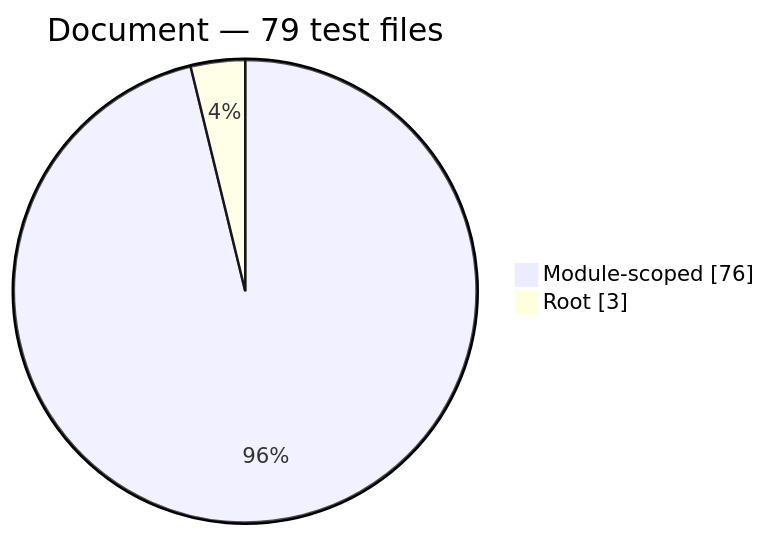
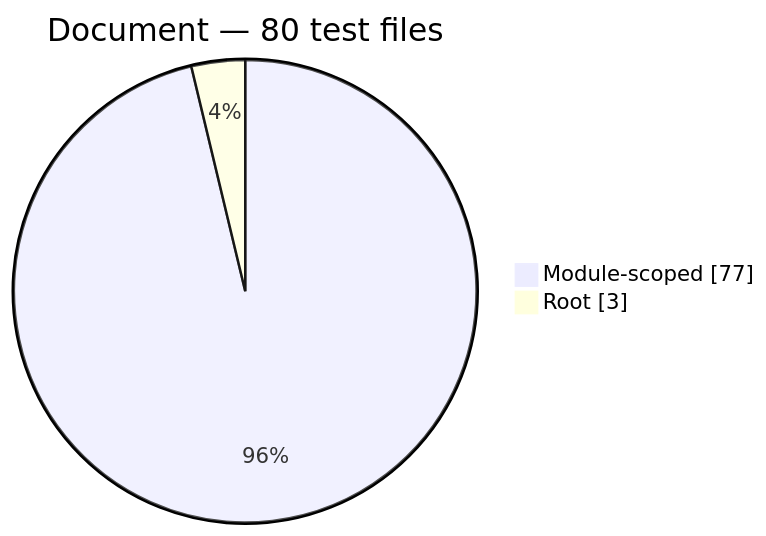
The third of 7 diagrams in docs/generated/test-composition.md (Mohammed-Alama/php-arazzo), drawn with Mermaid before and after one commit. The commit also changed other lines of this file and 4 other files, not shown here.

Commit message:
test(document): enforce expression public-face seam for validator — refs #59

````diff
--- a/docs/generated/test-composition.md
+++ b/docs/generated/test-composition.md
@@ -44,6 +44,6 @@
 ```mermaid
 pie showData
-    title Document — 79 test files
-    "Module-scoped": 76
+    title Document — 80 test files
+    "Module-scoped": 77
     "Root": 3
 ```
````
